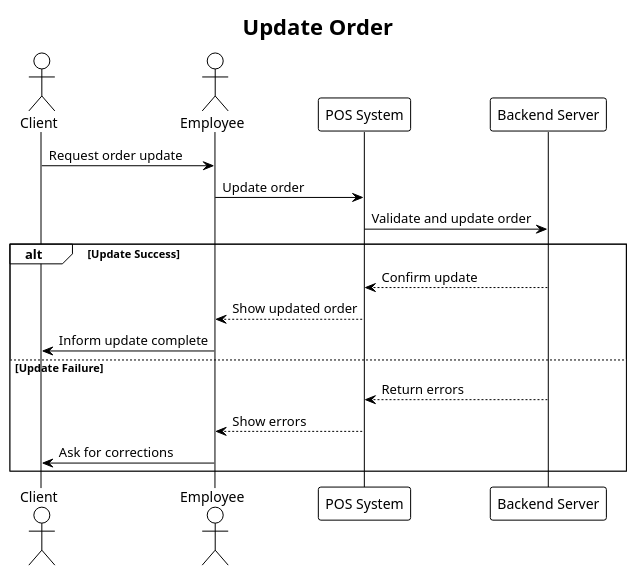
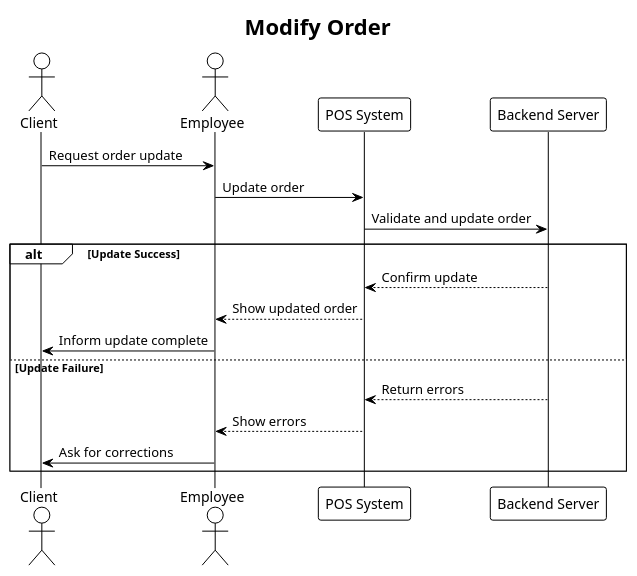
Before and after one commit to user5427/ps-design: the diagram in docs/ps-design/design-document/diagrams/orders/order_modify_order_sequence.puml, drawn with PlantUML. The commit also changed 19 other files, not shown here.

```diff
--- a/docs/ps-design/design-document/diagrams/orders/order_modify_order_sequence.puml
+++ b/docs/ps-design/design-document/diagrams/orders/order_modify_order_sequence.puml
@@ -1,25 +1,25 @@
 @startuml
 !theme plain
 
 actor Client
 actor Employee
 participant "POS System" as POS
 participant "Backend Server" as Server
 
-title Update Order
+title Modify Order
 
 Client -> Employee: Request order update
 Employee -> POS: Update order
 POS -> Server: Validate and update order
 
 alt Update Success
     Server --> POS: Confirm update
     POS --> Employee: Show updated order
     Employee -> Client: Inform update complete
 else Update Failure
     Server --> POS: Return errors
     POS --> Employee: Show errors
     Employee -> Client: Ask for corrections
 end
 
 @enduml
```
